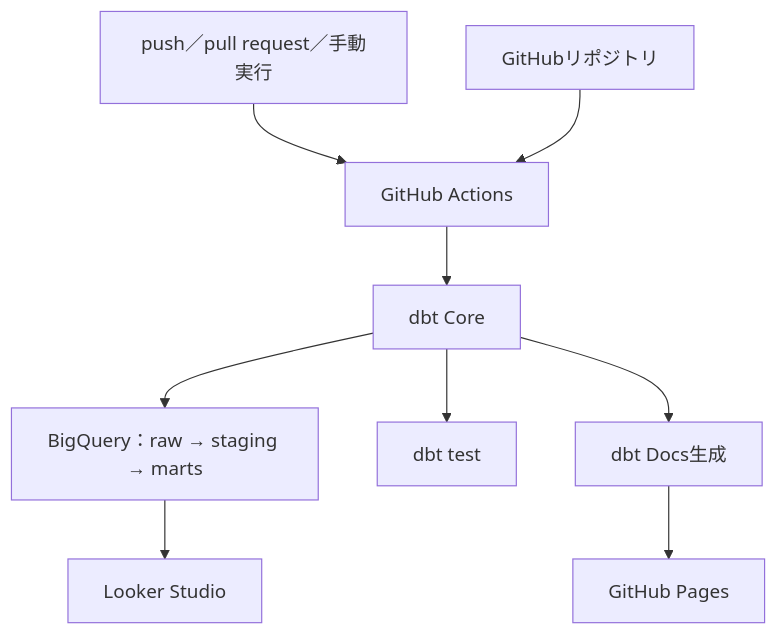
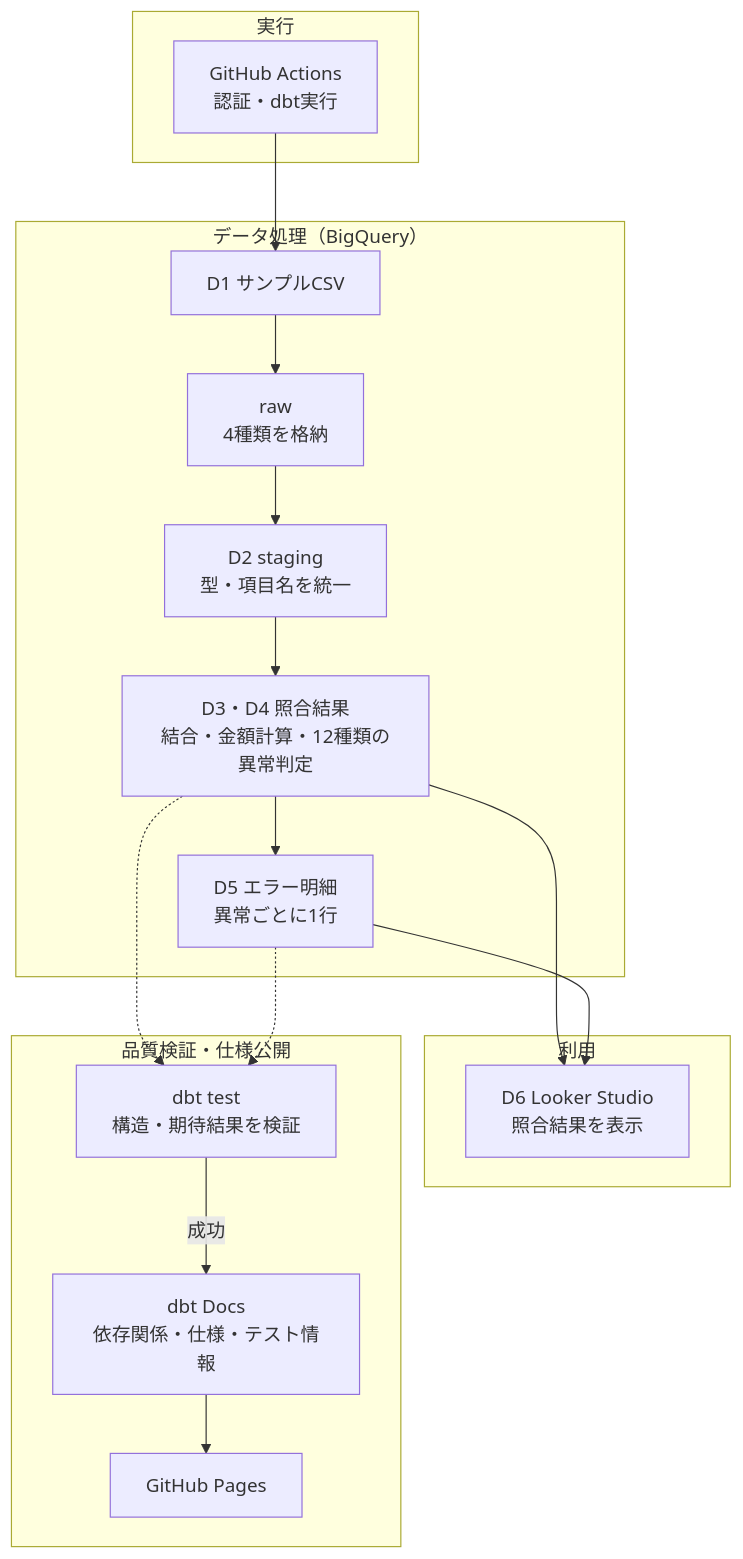
One commit to Naohide-Sugita/payment-reconciliation-data-mart changed the diagram in docs/implementation-design.md. Above: the diagram before and after it, drawn with Mermaid. The commit also changed other lines of this file, not shown here.

````diff
--- a/docs/implementation-design.md
+++ b/docs/implementation-design.md
@@ -13,11 +13,30 @@
 ```mermaid
 flowchart TD
-    TRIGGER["push／pull request／手動実行"] --> GHA["GitHub Actions"]
-    REPO["GitHubリポジトリ"] --> GHA
-    GHA --> DBT["dbt Core"]
-    DBT --> BQ["BigQuery：raw → staging → marts"]
-    DBT --> TEST["dbt test"]
-    DBT --> DOCS["dbt Docs生成"]
-    BQ --> BI["Looker Studio"]
-    DOCS --> PAGES["GitHub Pages"]
+    subgraph EXEC["実行"]
+        GHA["GitHub Actions<br/>認証・dbt実行"]
+    end
+
+    subgraph DATA["データ処理（BigQuery）"]
+        CSV["D1 サンプルCSV"] --> RAW["raw<br/>4種類を格納"]
+        RAW --> STG["D2 staging<br/>型・項目名を統一"]
+        STG --> RECON["D3・D4 照合結果<br/>結合・金額計算・12種類の異常判定"]
+        RECON --> ERRORS["D5 エラー明細<br/>異常ごとに1行"]
+    end
+
+    subgraph USE["利用"]
+        BI["D6 Looker Studio<br/>照合結果を表示"]
+    end
+
+    subgraph QA["品質検証・仕様公開"]
+        TEST["dbt test<br/>構造・期待結果を検証"]
+        DOCS["dbt Docs<br/>依存関係・仕様・テスト情報"]
+        PAGES["GitHub Pages"]
+        TEST -->|"成功"| DOCS --> PAGES
+    end
+
+    GHA --> CSV
+    RECON --> BI
+    ERRORS --> BI
+    RECON -.-> TEST
+    ERRORS -.-> TEST
 ```
````
